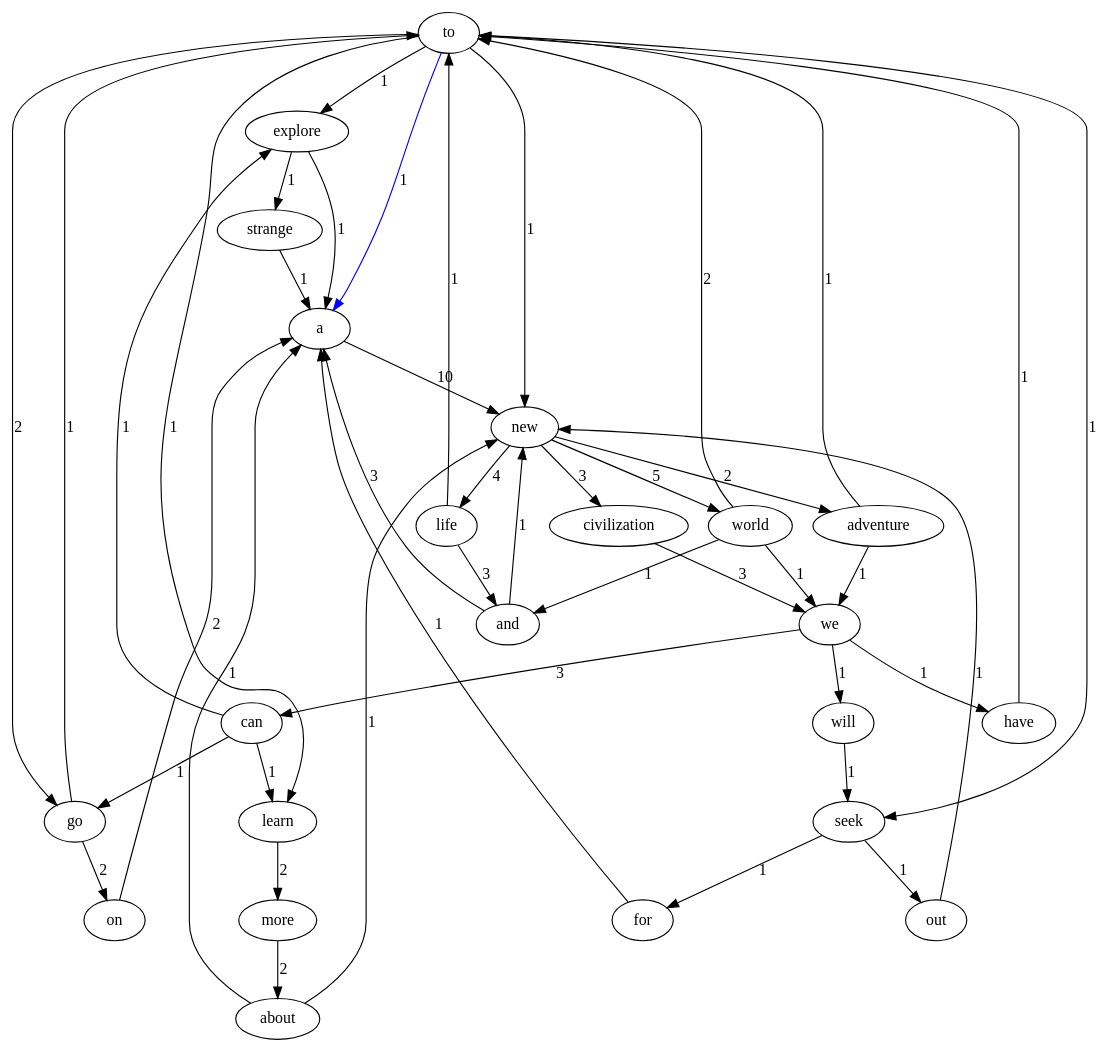
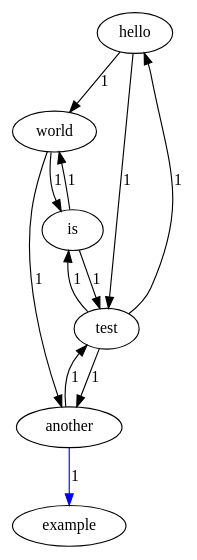
One commit to kurofu0319/Lab1-2021110667 changed the diagram in src/file/normal/Graph.dot. Above: the diagram before and after it, drawn with Graphviz. The commit also changed 25 other files, not shown here.

```diff
--- a/src/file/normal/Graph.dot
+++ b/src/file/normal/Graph.dot
@@ -1,67 +1,19 @@
 digraph TextGraph {
-to;
-explore;
-strange;
-a;
-new;
+hello;
 world;
-and;
-life;
-civilization;
-we;
-can;
-go;
-on;
-adventure;
-seek;
-out;
-learn;
-more;
-about;
-have;
-will;
-for;
-to -> explore [label = 1];
-explore -> strange [label = 1];
-strange -> a [label = 1];
-a -> new [label = 10];
-new -> world [label = 5];
-world -> and [label = 1];
-and -> a [label = 3];
-and -> new [label = 1];
-world -> to [label = 2];
-world -> we [label = 1];
-we -> can [label = 3];
-can -> go [label = 1];
-go -> on [label = 2];
-on -> a [label = 2];
-go -> to [label = 1];
-can -> learn [label = 1];
-learn -> more [label = 2];
-more -> about [label = 2];
-about -> a [label = 1];
-about -> new [label = 1];
-can -> explore [label = 1];
-we -> have [label = 1];
-have -> to [label = 1];
-we -> will [label = 1];
-will -> seek [label = 1];
-seek -> out [label = 1];
-out -> new [label = 1];
-seek -> for [label = 1];
-for -> a [label = 1];
-new -> life [label = 4];
-life -> and [label = 3];
-life -> to [label = 1];
-new -> civilization [label = 3];
-civilization -> we [label = 3];
-new -> adventure [label = 2];
-adventure -> to [label = 1];
-adventure -> we [label = 1];
-explore -> a [label = 1];
-to -> seek [label = 1];
-to -> go [label = 2];
-to -> a [label = 1, color = blue];
-to -> learn [label = 1];
-to -> new [label = 1];
+is;
+test;
+another;
+example;
+hello -> world [label = 1];
+world -> is [label = 1];
+is -> test [label = 1];
+test -> hello [label = 1];
+test -> is [label = 1];
+test -> another [label = 1];
+another -> test [label = 1];
+another -> example [label = 1, color = blue];
+is -> world [label = 1];
+world -> another [label = 1];
+hello -> test [label = 1];
 }
```
